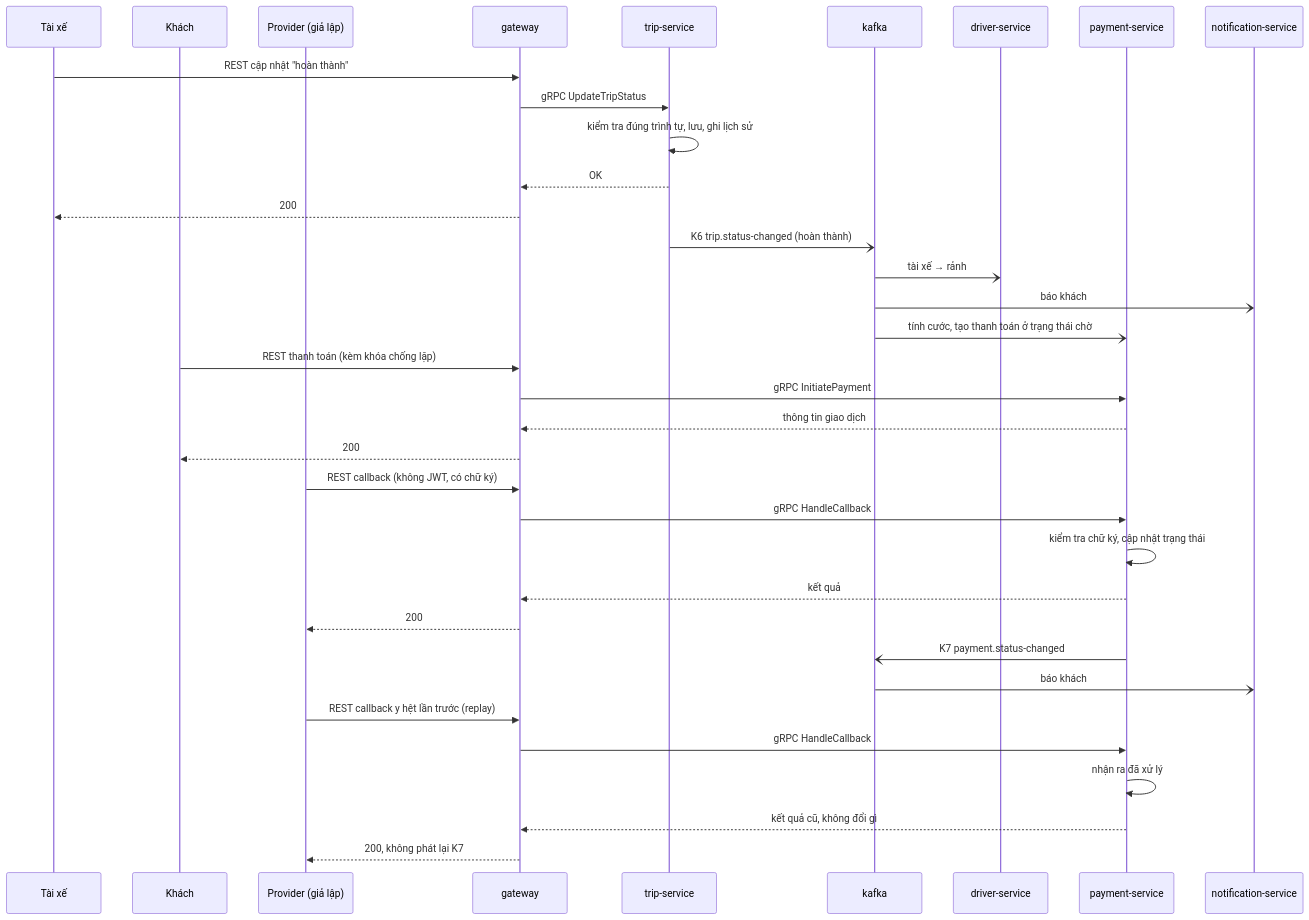
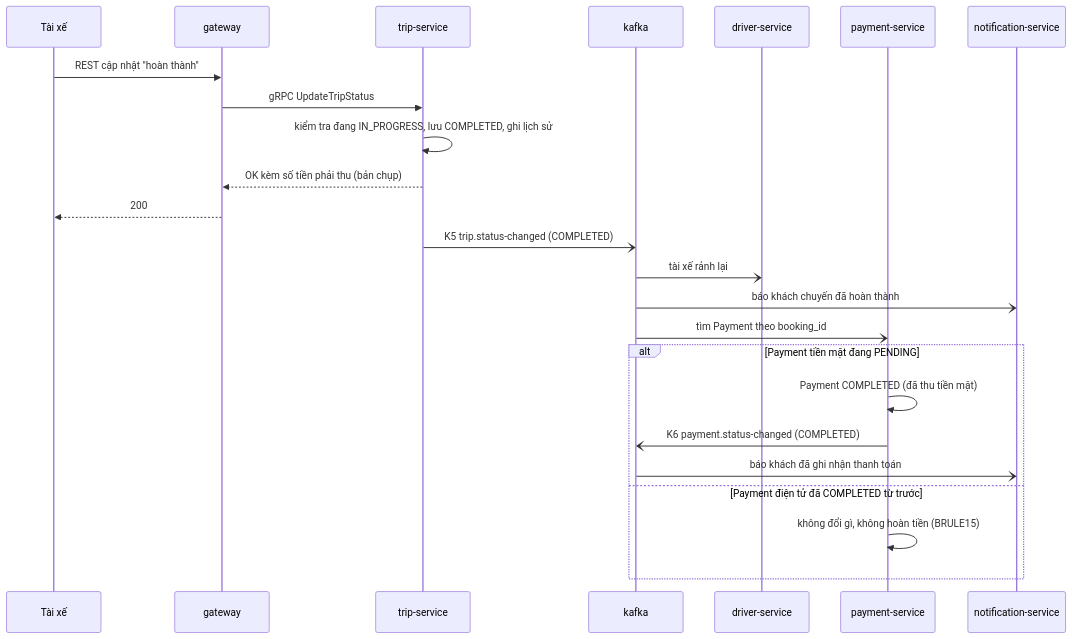
Before and after one commit to nghuuduc21/23699411_NguyenHuuDuc_CabSystem: the sixth of 7 diagrams in docs/design/02-kien-truc-giao-tiep.md, drawn with Mermaid. The commit also changed other lines of this file and 13 other files, not shown here.

````diff
--- a/docs/design/02-kien-truc-giao-tiep.md
+++ b/docs/design/02-kien-truc-giao-tiep.md
@@ -368,38 +525,27 @@
 ```mermaid
 sequenceDiagram
   participant TX as Tài xế
-  participant KH as Khách
-  participant PP as Provider (giả lập)
   participant GW as gateway
   participant T as trip-service
   participant K as kafka
   participant DR as driver-service
   participant P as payment-service
   participant N as notification-service
 
   TX->>GW: REST cập nhật "hoàn thành"
   GW->>T: gRPC UpdateTripStatus
-  T->>T: kiểm tra đúng trình tự, lưu, ghi lịch sử
-  T-->>GW: OK
+  T->>T: kiểm tra đang IN_PROGRESS, lưu COMPLETED, ghi lịch sử
+  T-->>GW: OK kèm số tiền phải thu (bản chụp)
   GW-->>TX: 200
-  T-)K: K6 trip.status-changed (hoàn thành)
-  K-)DR: tài xế → rảnh
-  K-)N: báo khách
-  K-)P: tính cước, tạo thanh toán ở trạng thái chờ
-  KH->>GW: REST thanh toán (kèm khóa chống lặp)
-  GW->>P: gRPC InitiatePayment
-  P-->>GW: thông tin giao dịch
-  GW-->>KH: 200
-  PP->>GW: REST callback (không JWT, có chữ ký)
-  GW->>P: gRPC HandleCallback
-  P->>P: kiểm tra chữ ký, cập nhật trạng thái
-  P-->>GW: kết quả
-  GW-->>PP: 200
-  P-)K: K7 payment.status-changed
-  K-)N: báo khách
-  PP->>GW: REST callback y hệt lần trước (replay)
-  GW->>P: gRPC HandleCallback
-  P->>P: nhận ra đã xử lý
-  P-->>GW: kết quả cũ, không đổi gì
-  GW-->>PP: 200, không phát lại K7
+  T-)K: K5 trip.status-changed (COMPLETED)
+  K-)DR: tài xế rảnh lại
+  K-)N: báo khách chuyến đã hoàn thành
+  K-)P: tìm Payment theo booking_id
+  alt Payment tiền mặt đang PENDING
+    P->>P: Payment COMPLETED (đã thu tiền mặt)
+    P-)K: K6 payment.status-changed (COMPLETED)
+    K-)N: báo khách đã ghi nhận thanh toán
+  else Payment điện tử đã COMPLETED từ trước
+    P->>P: không đổi gì, không hoàn tiền (BRULE15)
+  end
 ```
````
